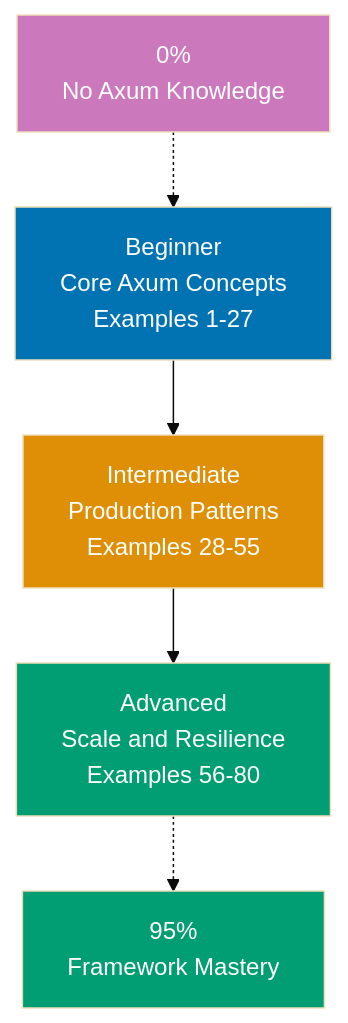
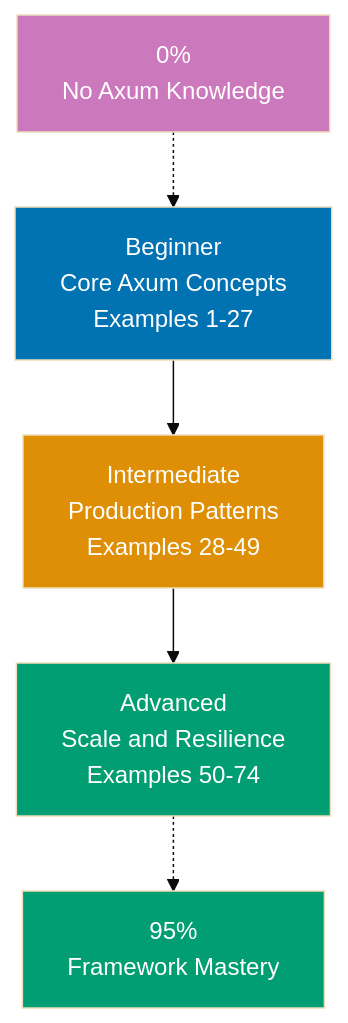
One commit to wahidyankf/open-sharia-enterprise changed the diagram in apps/ayokoding-web/content/en/learn/software-engineering/platform-web/tools/rust-axum/by-example/overview.md. Above: the diagram before and after it, drawn with Mermaid (base theme). The commit also changed other lines of this file and 11 other files, not shown here.

````diff
--- a/apps/ayokoding-web/content/en/learn/software-engineering/platform-web/tools/rust-axum/by-example/overview.md
+++ b/apps/ayokoding-web/content/en/learn/software-engineering/platform-web/tools/rust-axum/by-example/overview.md
@@ -36,13 +36,13 @@
 ```mermaid
 graph TD
-  A["Beginner<br/>Core Axum Concepts<br/>Examples 1-27"] --> B["Intermediate<br/>Production Patterns<br/>Examples 28-55"]
-  B --> C["Advanced<br/>Scale and Resilience<br/>Examples 56-80"]
+  A["Beginner<br/>Core Axum Concepts<br/>Examples 1-27"] --> B["Intermediate<br/>Production Patterns<br/>Examples 28-49"]
+  B --> C["Advanced<br/>Scale and Resilience<br/>Examples 50-74"]
   D["0%<br/>No Axum Knowledge"] -.-> A
   C -.-> E["95%<br/>Framework Mastery"]
 
   style A fill:#0173B2,color:#fff
   style B fill:#DE8F05,color:#fff
   style C fill:#029E73,color:#fff
   style D fill:#CC78BC,color:#fff
   style E fill:#029E73,color:#fff
 ```
````
